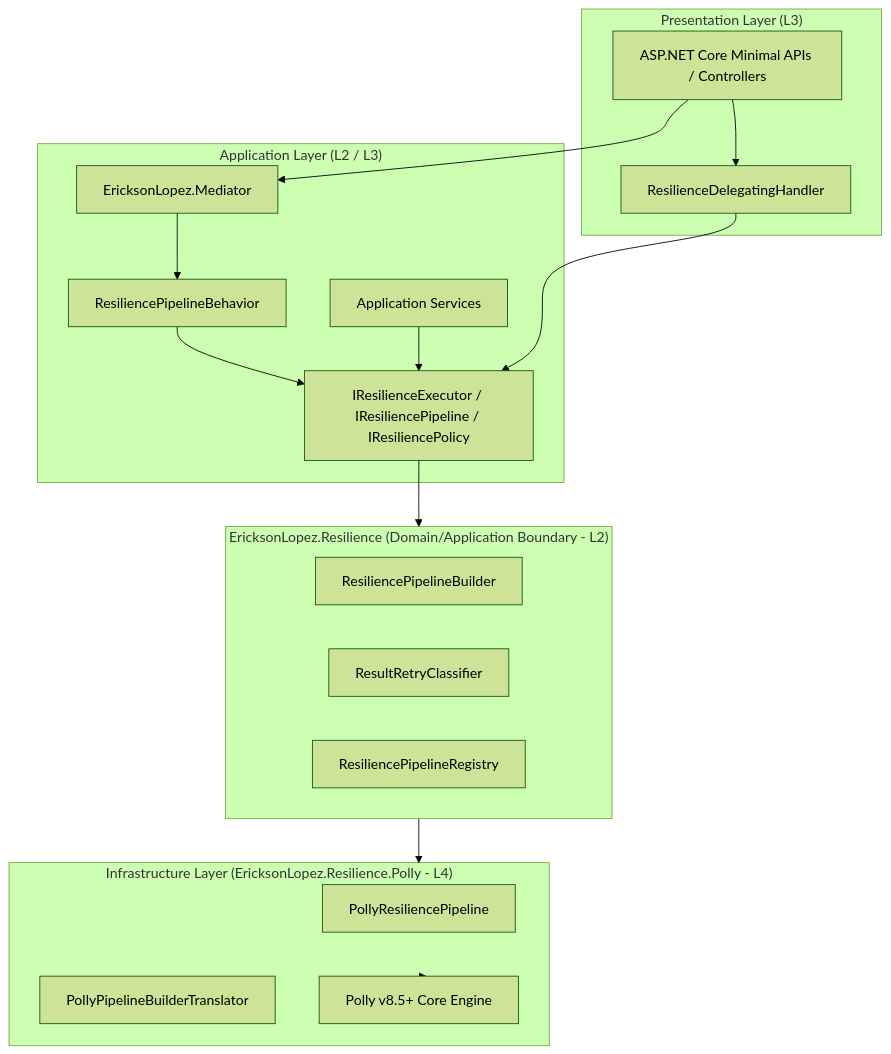
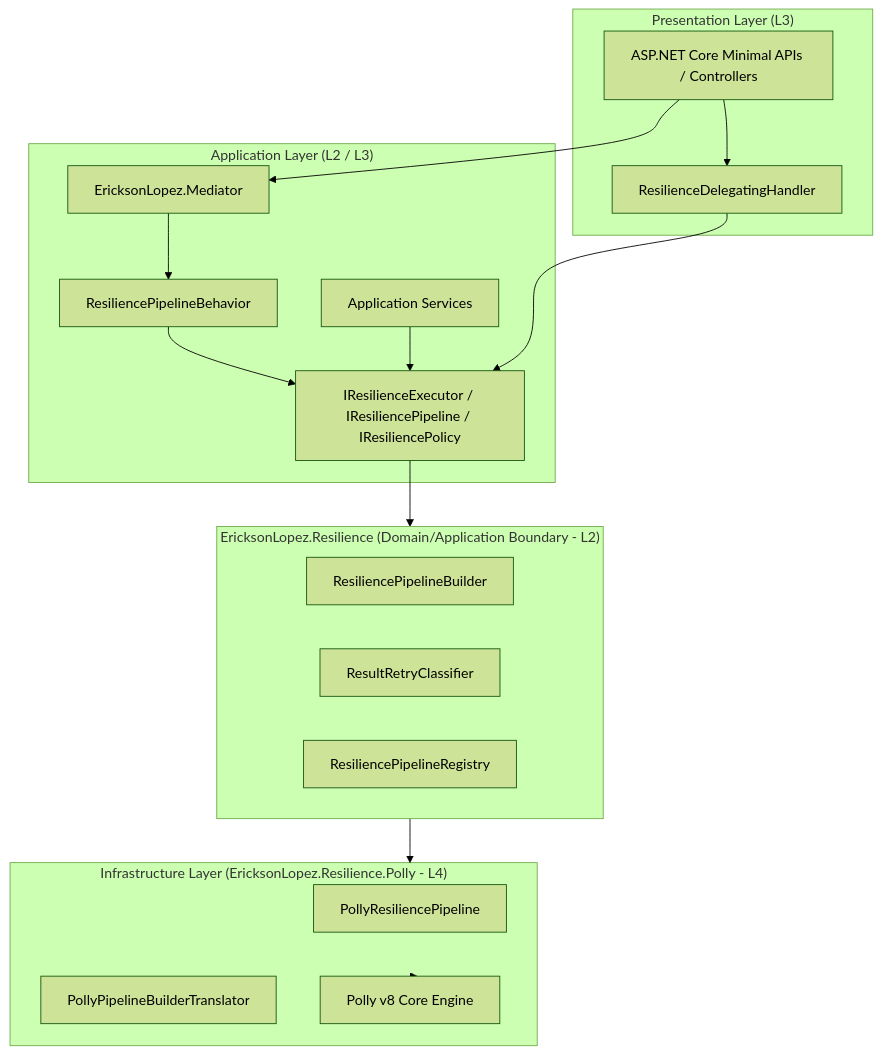
One commit to ericksonlopezf/dotnet-resilience changed the first of 6 diagrams in docs/architecture.md. Above: the diagram before and after it, drawn with Mermaid (forest theme). The commit also changed other lines of this file and 152 other files, not shown here.

````diff
--- a/docs/architecture.md
+++ b/docs/architecture.md
@@ -14,36 +14,36 @@
 ```mermaid
 flowchart TD
     subgraph Presentation ["Presentation Layer (L3)"]
         API[ASP.NET Core Minimal APIs / Controllers]
         DelegatingHandler[ResilienceDelegatingHandler]
     end
 
     subgraph Application ["Application Layer (L2 / L3)"]
         Mediator[EricksonLopez.Mediator]
         PipelineBehavior[ResiliencePipelineBehavior]
         Services[Application Services]
         Abstractions["IResilienceExecutor / IResiliencePipeline / IResiliencePolicy"]
     end
 
     subgraph Core ["EricksonLopez.Resilience (Domain/Application Boundary - L2)"]
         Builder[ResiliencePipelineBuilder]
         Classifier[ResultRetryClassifier]
         Registry[ResiliencePipelineRegistry]
     end
 
     subgraph Infrastructure ["Infrastructure Layer (EricksonLopez.Resilience.Polly - L4)"]
         PollyAdapter[PollyResiliencePipeline]
         PollyTranslator[PollyPipelineBuilderTranslator]
-        PollyEngine[Polly v8.5+ Core Engine]
+        PollyEngine[Polly v8 Core Engine]
     end
 
     API --> DelegatingHandler
     API --> Mediator
     Mediator --> PipelineBehavior
     PipelineBehavior --> Abstractions
     Services --> Abstractions
     DelegatingHandler --> Abstractions
     Abstractions --> Core
     Core --> Infrastructure
     Infrastructure --> PollyEngine
 ```
````
